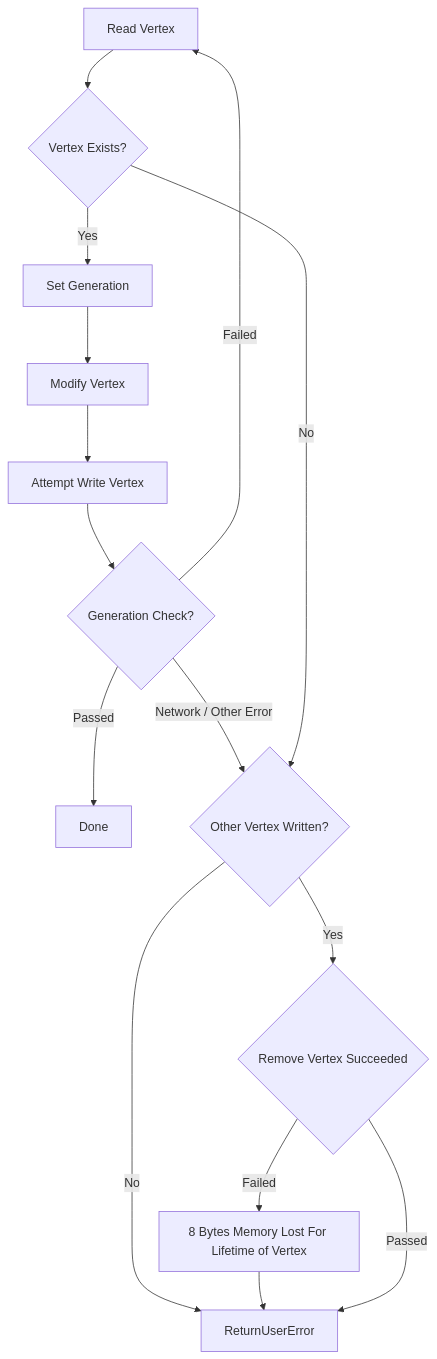
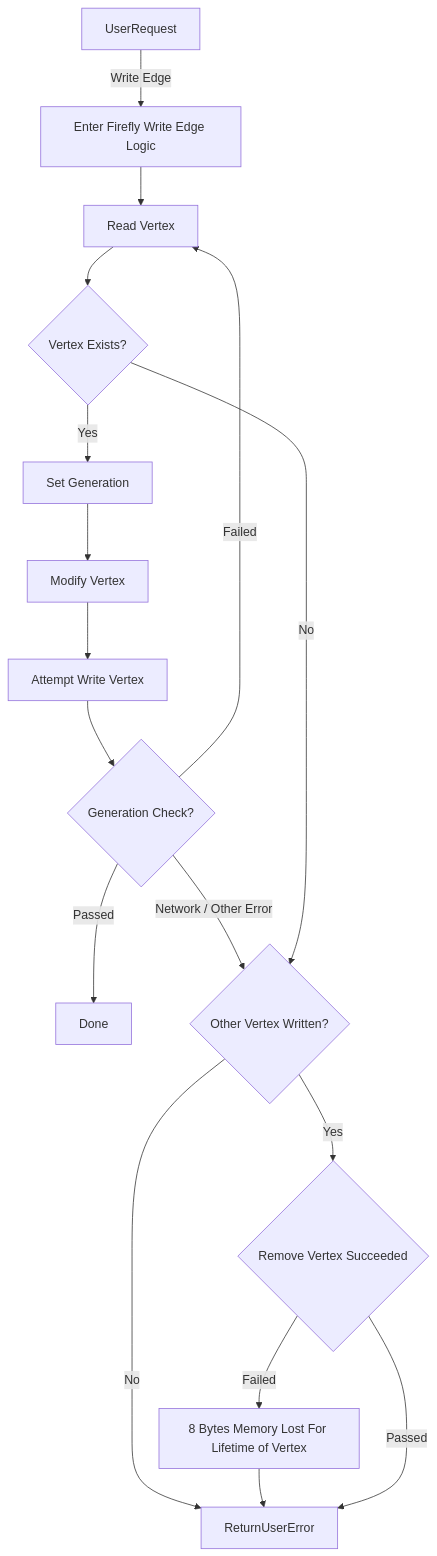
One commit to aerospike/aerospike-graph-service changed the diagram in docs/GENERATION_CHECK_BASED_WRITES_DESIGN.md. Above: the diagram before and after it, drawn with Mermaid. The commit also changed other lines of this file, not shown here.

Commit message:
GRAPH-137 Adding some removal information

````diff
--- a/docs/GENERATION_CHECK_BASED_WRITES_DESIGN.md
+++ b/docs/GENERATION_CHECK_BASED_WRITES_DESIGN.md
@@ -50,17 +52,19 @@
 ```mermaid
 flowchart TD
+    UserRequest-->|Write Edge| Firefly[Enter Firefly Write Edge Logic]
+    Firefly --> ReadVertex
     ReadVertex[Read Vertex] --> VertexExists{Vertex Exists?}
     VertexExists --> |Yes| SetGeneration[Set Generation]
     SetGeneration --> ModifyVertex[Modify Vertex]
     ModifyVertex --> WriteVertex[Attempt Write Vertex]
     WriteVertex --> GenerationCheck{Generation Check?}
     GenerationCheck --> |Passed| Done
     GenerationCheck --> |Failed| ReadVertex
     GenerationCheck -->  |Network / Other Error| PreviousVertexWrite{Other Vertex Written?}
     PreviousVertexWrite --> |Yes| AttemptDelete{Remove Vertex Succeeded}
     AttemptDelete --> |Failed| MemoryLeaked[8 Bytes Memory Lost For Lifetime of Vertex]
     PreviousVertexWrite --> |No| ReturnUserError
     MemoryLeaked --> ReturnUserError
     AttemptDelete --> |Passed| ReturnUserError
     VertexExists --> |No| PreviousVertexWrite
 ```
````
